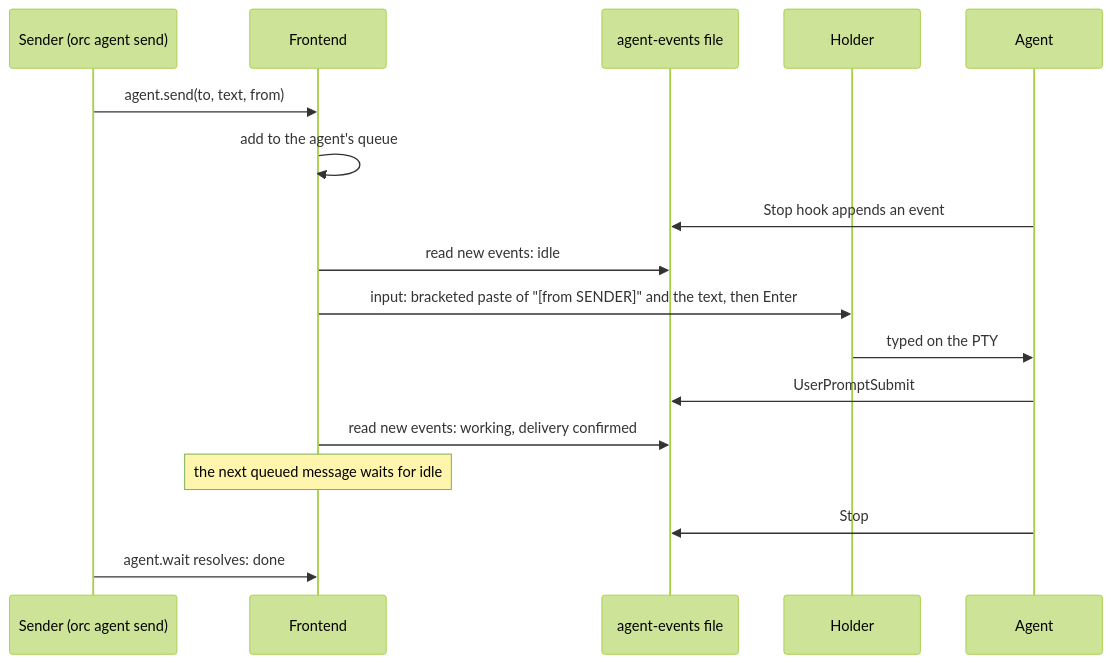
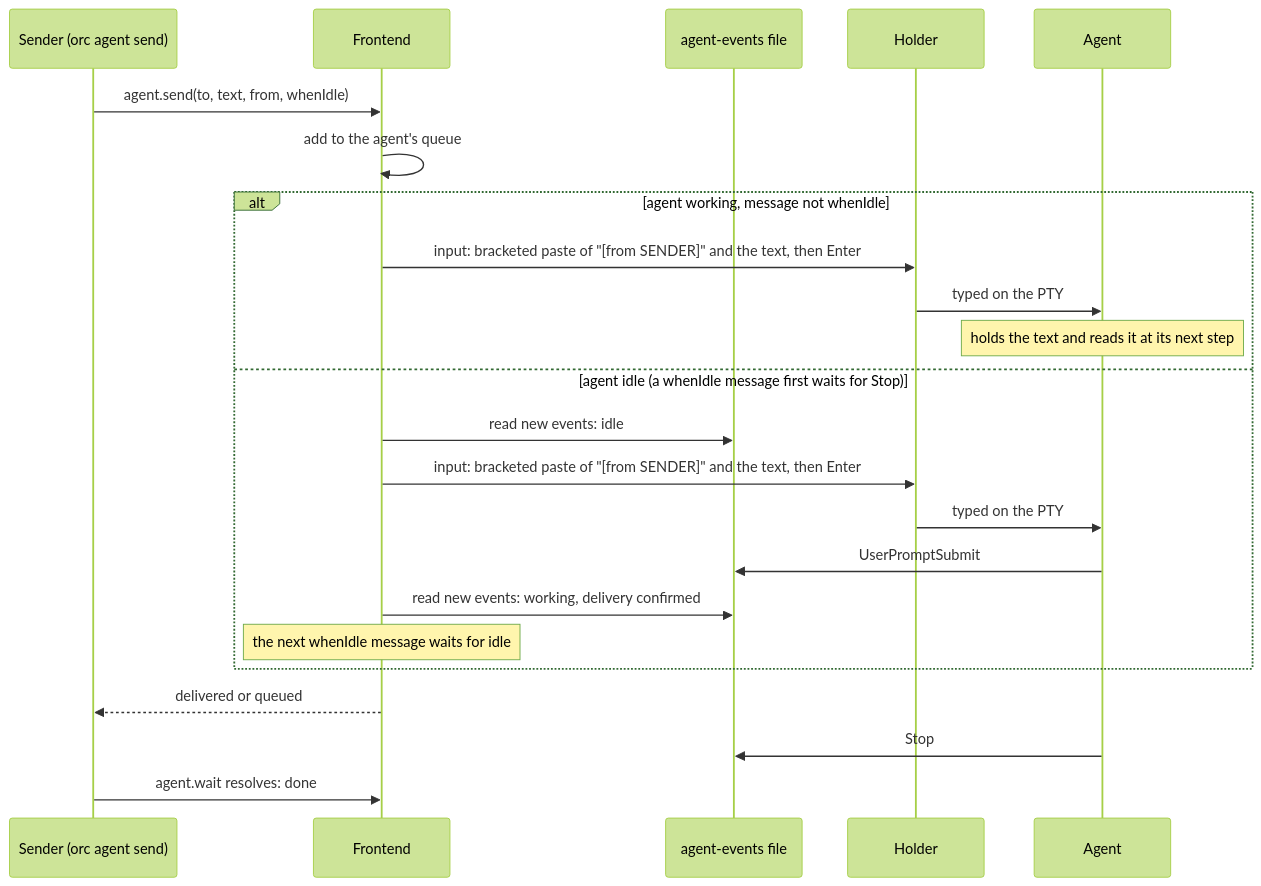
One commit to phillipleblanc/orc changed the fourth of 7 diagrams in slim/ARCHITECTURE.md. Above: the diagram before and after it, drawn with Mermaid (forest theme). The commit also changed 13 other files, not shown here.

````diff
--- a/slim/ARCHITECTURE.md
+++ b/slim/ARCHITECTURE.md
@@ -153,20 +153,26 @@
 ```mermaid
 sequenceDiagram
     participant L as Sender (orc agent send)
     participant F as Frontend
     participant E as agent-events file
     participant H as Holder
     participant A as Agent
 
-    L->>F: agent.send(to, text, from)
+    L->>F: agent.send(to, text, from, whenIdle)
     F->>F: add to the agent's queue
-    A->>E: Stop hook appends an event
-    F->>E: read new events: idle
-    F->>H: input: bracketed paste of "[from SENDER]" and the text, then Enter
-    H->>A: typed on the PTY
-    A->>E: UserPromptSubmit
-    F->>E: read new events: working, delivery confirmed
-    Note over F: the next queued message waits for idle
+    alt agent working, message not whenIdle
+        F->>H: input: bracketed paste of "[from SENDER]" and the text, then Enter
+        H->>A: typed on the PTY
+        Note over A: holds the text and reads it at its next step
+    else agent idle (a whenIdle message first waits for Stop)
+        F->>E: read new events: idle
+        F->>H: input: bracketed paste of "[from SENDER]" and the text, then Enter
+        H->>A: typed on the PTY
+        A->>E: UserPromptSubmit
+        F->>E: read new events: working, delivery confirmed
+        Note over F: the next whenIdle message waits for idle
+    end
+    F-->>L: delivered or queued
     A->>E: Stop
     L->>F: agent.wait resolves: done
 ```
````
